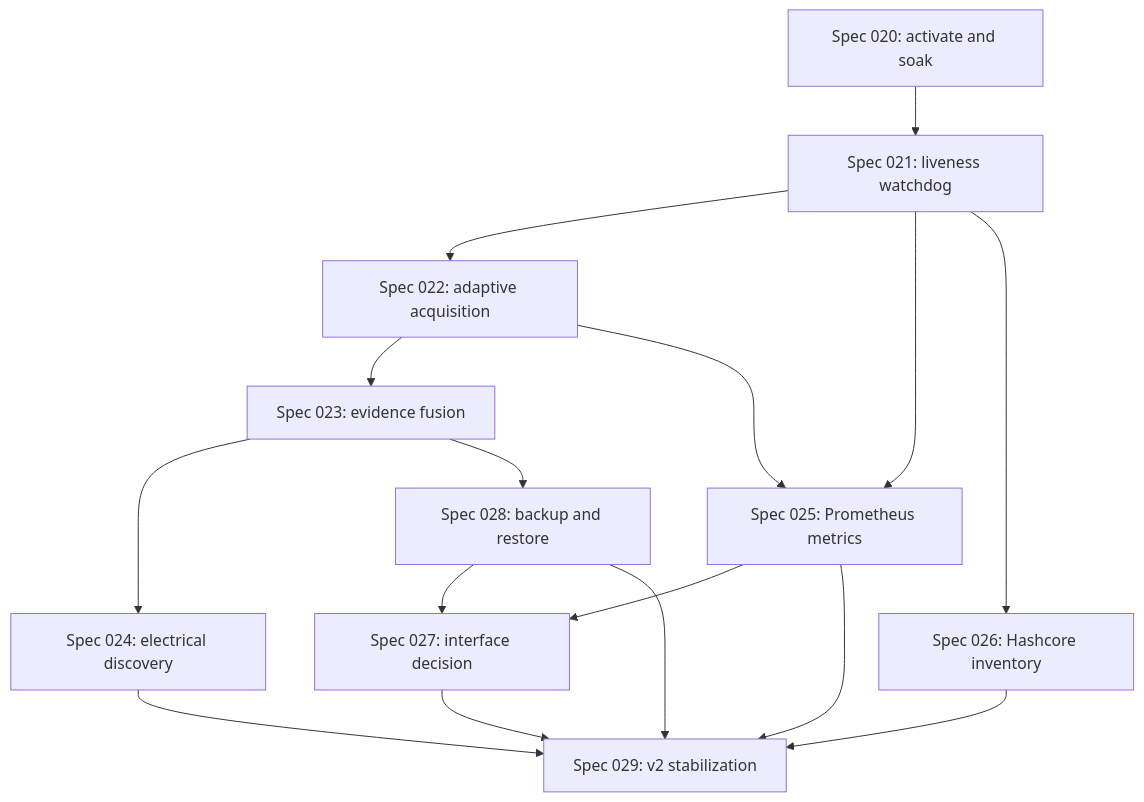
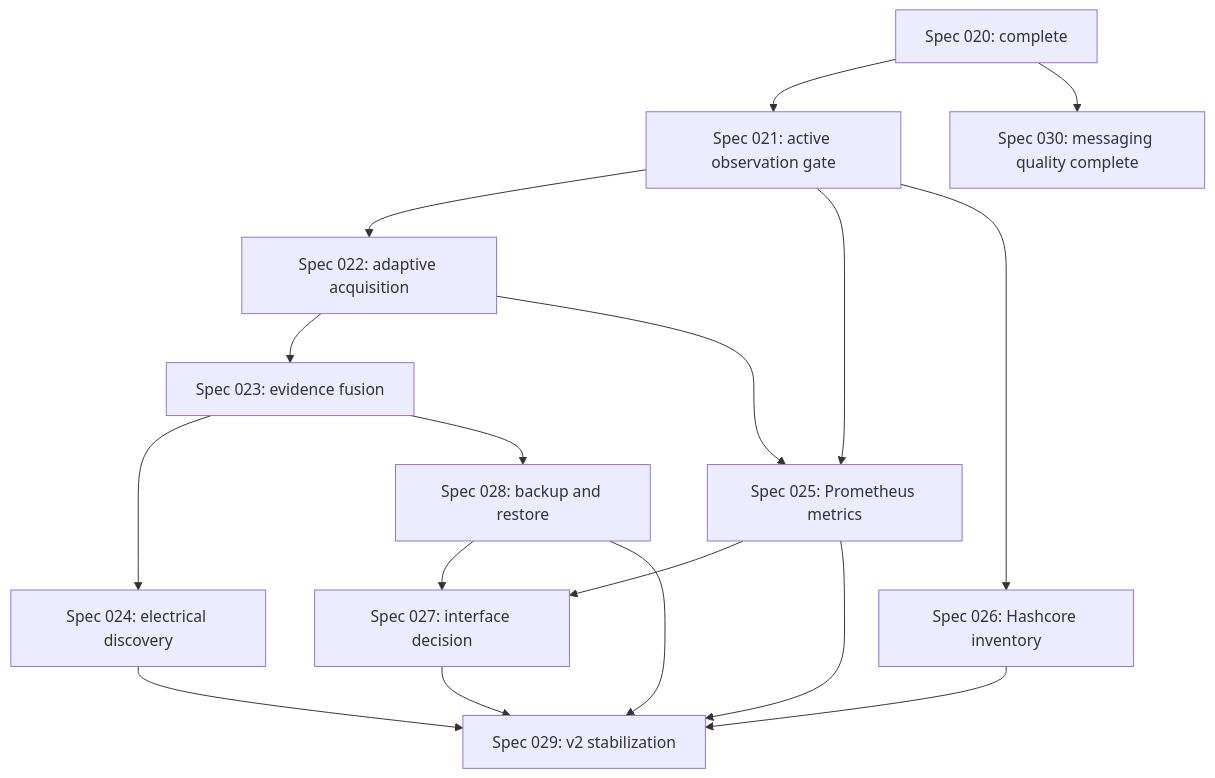
One commit to fagdiaz/miner-alerts changed the diagram in docs/speckit/SPEC_PROGRAM.md. Above: the diagram before and after it, drawn with Mermaid. The commit also changed other lines of this file and 22 other files, not shown here.

````diff
--- a/docs/speckit/SPEC_PROGRAM.md
+++ b/docs/speckit/SPEC_PROGRAM.md
@@ -88,18 +121,19 @@
 ```mermaid
 flowchart TD
-    S020["Spec 020: activate and soak"] --> S021["Spec 021: liveness watchdog"]
+    S020["Spec 020: complete"] --> S021["Spec 021: active observation gate"]
+    S020 --> S030["Spec 030: messaging quality complete"]
     S021 --> S022["Spec 022: adaptive acquisition"]
     S022 --> S023["Spec 023: evidence fusion"]
     S023 --> S024["Spec 024: electrical discovery"]
     S021 --> S025["Spec 025: Prometheus metrics"]
     S022 --> S025
     S021 --> S026["Spec 026: Hashcore inventory"]
     S023 --> S028["Spec 028: backup and restore"]
     S025 --> S027["Spec 027: interface decision"]
     S028 --> S027
     S024 --> S029["Spec 029: v2 stabilization"]
     S025 --> S029
     S026 --> S029
     S027 --> S029
     S028 --> S029
 ```
````
